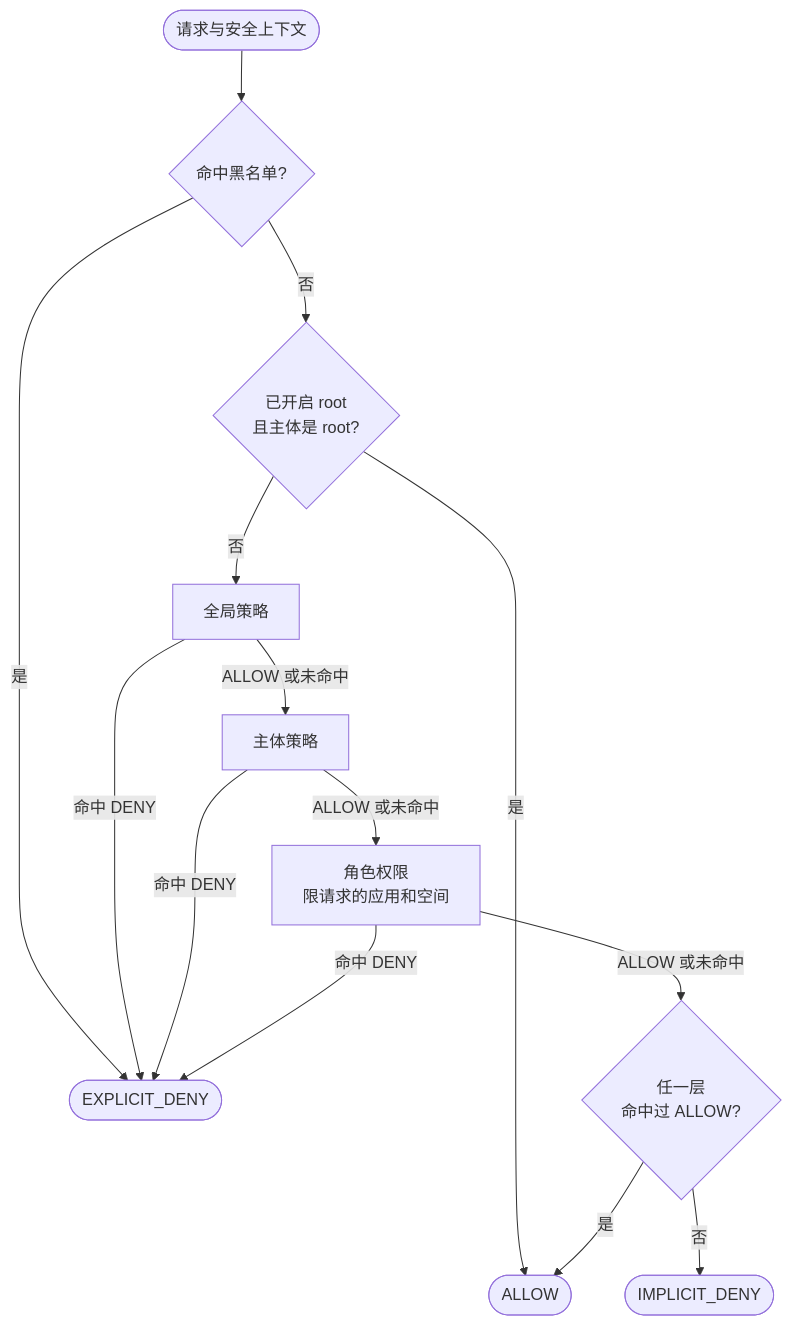
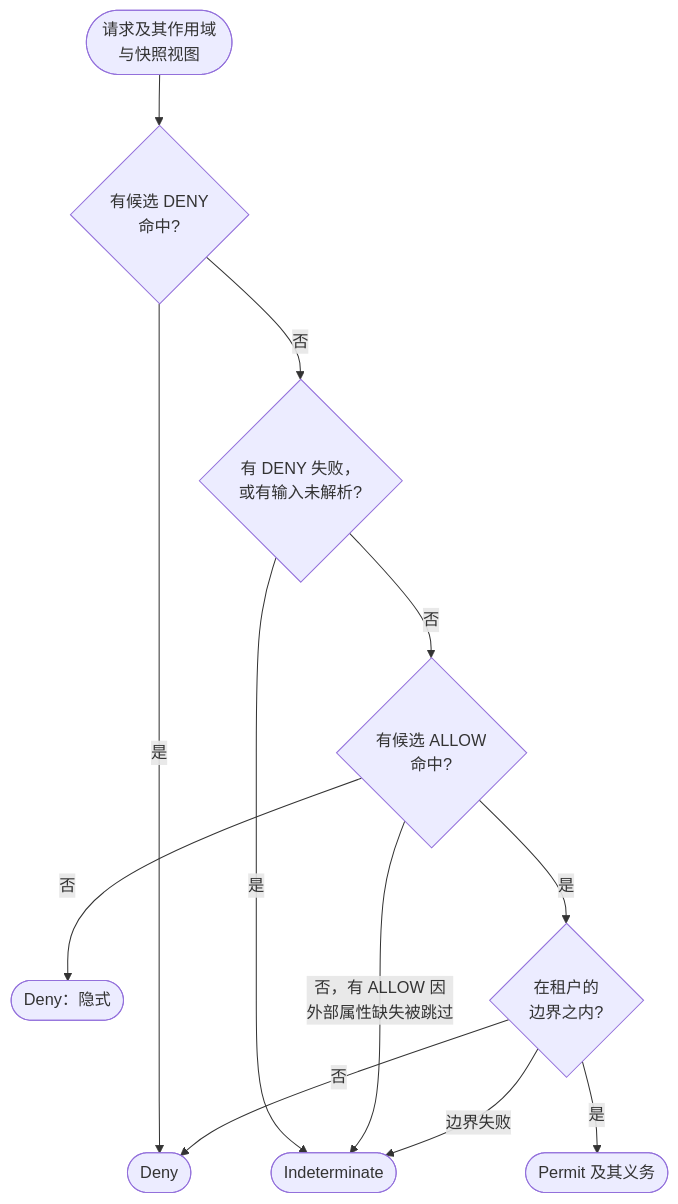
The diagram in wiki/zh/guide/security-model.md (Ahoo-Wang/CoSec), drawn with Mermaid before and after one commit. The commit also changed other lines of this file and 54 other files, not shown here.

````diff
--- a/wiki/zh/guide/security-model.md
+++ b/wiki/zh/guide/security-model.md
@@ -21,16 +30,14 @@
 ```mermaid
 flowchart TD
-    REQ([请求与安全上下文]) --> BL{命中黑名单?}
-    BL -->|是| ED([EXPLICIT_DENY])
-    BL -->|否| ROOT{已开启 root<br>且主体是 root?}
-    ROOT -->|是| AL([ALLOW])
-    ROOT -->|否| G[全局策略]
-    G -->|命中 DENY| ED
-    G -->|ALLOW 或未命中| P[主体策略]
-    P -->|命中 DENY| ED
-    P -->|ALLOW 或未命中| R[角色权限<br>限请求的应用和空间]
-    R -->|命中 DENY| ED
-    R -->|ALLOW 或未命中| ANY{任一层<br>命中过 ALLOW?}
-    ANY -->|是| AL
-    ANY -->|否| ID([IMPLICIT_DENY])
+    REQ([请求及其作用域<br>与快照视图]) --> DP{有候选 DENY<br>命中?}
+    DP -->|是| DENY([Deny])
+    DP -->|否| ERR{有 DENY 失败，<br>或有输入未解析?}
+    ERR -->|是| IND([Indeterminate])
+    ERR -->|否| AP{有候选 ALLOW<br>命中?}
+    AP -->|否，有 ALLOW 因<br>外部属性缺失被跳过| IND
+    AP -->|否| IMP([Deny：隐式])
+    AP -->|是| BD{在租户的<br>边界之内?}
+    BD -->|是| PERMIT([Permit 及其义务])
+    BD -->|否| DENY
+    BD -->|边界失败| IND
 ```
````
